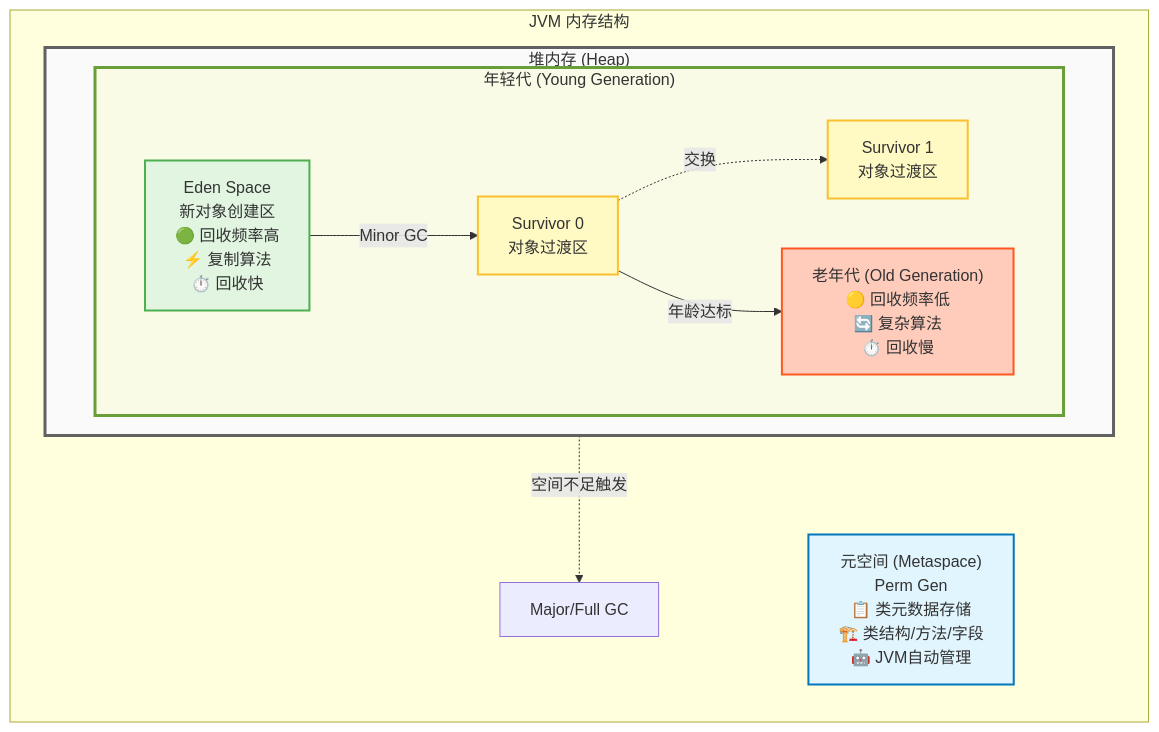
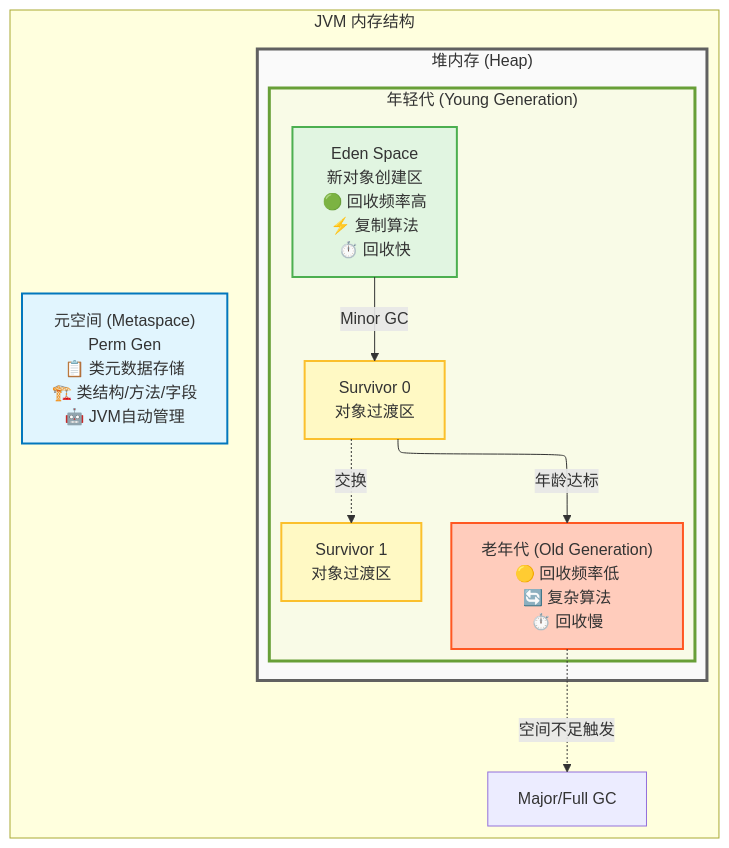
Before and after one commit to Jork-S-B/Jork-S-B.github.io: the diagram in docs/java/jvmgc/jvm.md, drawn with Mermaid. The commit also changed 5 other files, not shown here.

````diff
--- a/docs/java/jvmgc/jvm.md
+++ b/docs/java/jvmgc/jvm.md
@@ -19,34 +19,39 @@
 ```mermaid
+---
+config:
+  layout: elk
+---
+
 graph TB
     subgraph JVM["JVM 内存结构"]
         direction TB
 
         subgraph Heap["堆内存 (Heap)"]
             direction LR
 
             subgraph Young["年轻代 (Young Generation)"]
                 Eden["Eden Space<br/>新对象创建区<br/>🟢 回收频率高<br/>⚡ 复制算法<br/>⏱️ 回收快"]
                 S0["Survivor 0<br/>对象过渡区"]
                 S1["Survivor 1<br/>对象过渡区"]
 
                 Eden -->|"Minor GC"| S0
                 S0 -.->|"交换"| S1
                 S0 -->|"年龄达标"| Old
             end
 
             Old["老年代 (Old Generation)<br/>🟡 回收频率低<br/>🔄 复杂算法<br/>⏱️ 回收慢"]
         end
 
         Meta["元空间 (Metaspace)<br/>Perm Gen<br/>📋 类元数据存储<br/>🏗️ 类结构/方法/字段<br/>🤖 JVM自动管理"]
 
         Old -.->|"空间不足触发"| GC2["Major/Full GC"]
 
         style Eden fill:#e1f5e1,stroke:#4caf50,stroke-width:2px
         style S0 fill:#fff9c4,stroke:#fbc02d,stroke-width:2px
         style S1 fill:#fff9c4,stroke:#fbc02d,stroke-width:2px
         style Old fill:#ffccbc,stroke:#ff5722,stroke-width:2px
         style Meta fill:#e1f5fe,stroke:#0277bd,stroke-width:2px
         style Young fill:#f9fbe7,stroke:#689f38,stroke-width:3px
         style Heap fill:#fafafa,stroke:#616161,stroke-width:3px
     end
 ```
````
